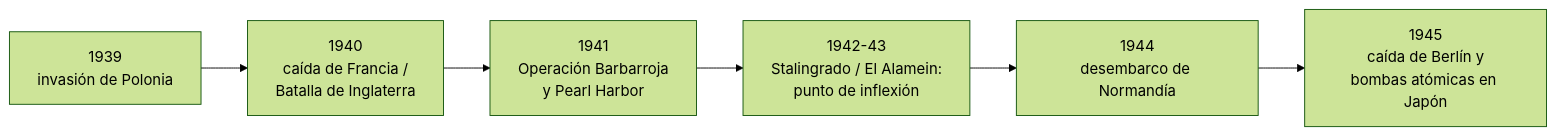
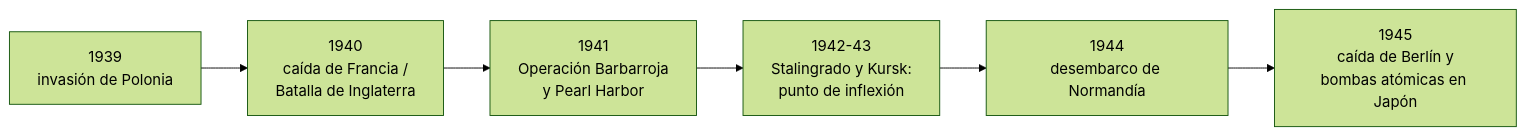
One commit to untref-computacion-alumnos/apuntes-problemas-de-historia-del-siglo-xx changed the diagram in contenidos/apuntes/unidad-02/06-los-fascismos-la-segunda-guerra-y-el-holocausto.md. Above: the diagram before and after it, drawn with Mermaid (forest theme). The commit also changed other lines of this file and 14 other files, not shown here.

````diff
--- a/contenidos/apuntes/unidad-02/06-los-fascismos-la-segunda-guerra-y-el-holocausto.md
+++ b/contenidos/apuntes/unidad-02/06-los-fascismos-la-segunda-guerra-y-el-holocausto.md
@@ -118,8 +302,8 @@
 ```mermaid
 graph LR
     A["1939<br/>invasión de Polonia"] --> B["1940<br/>caída de Francia /<br/>Batalla de Inglaterra"]
     B --> C["1941<br/>Operación Barbarroja<br/>y Pearl Harbor"]
-    C --> D["1942-43<br/>Stalingrado / El Alamein:<br/>punto de inflexión"]
+    C --> D["1942-43<br/>Stalingrado y Kursk:<br/>punto de inflexión"]
     D --> E["1944<br/>desembarco de Normandía"]
     E --> F["1945<br/>caída de Berlín y<br/>bombas atómicas en Japón"]
 ```
````
